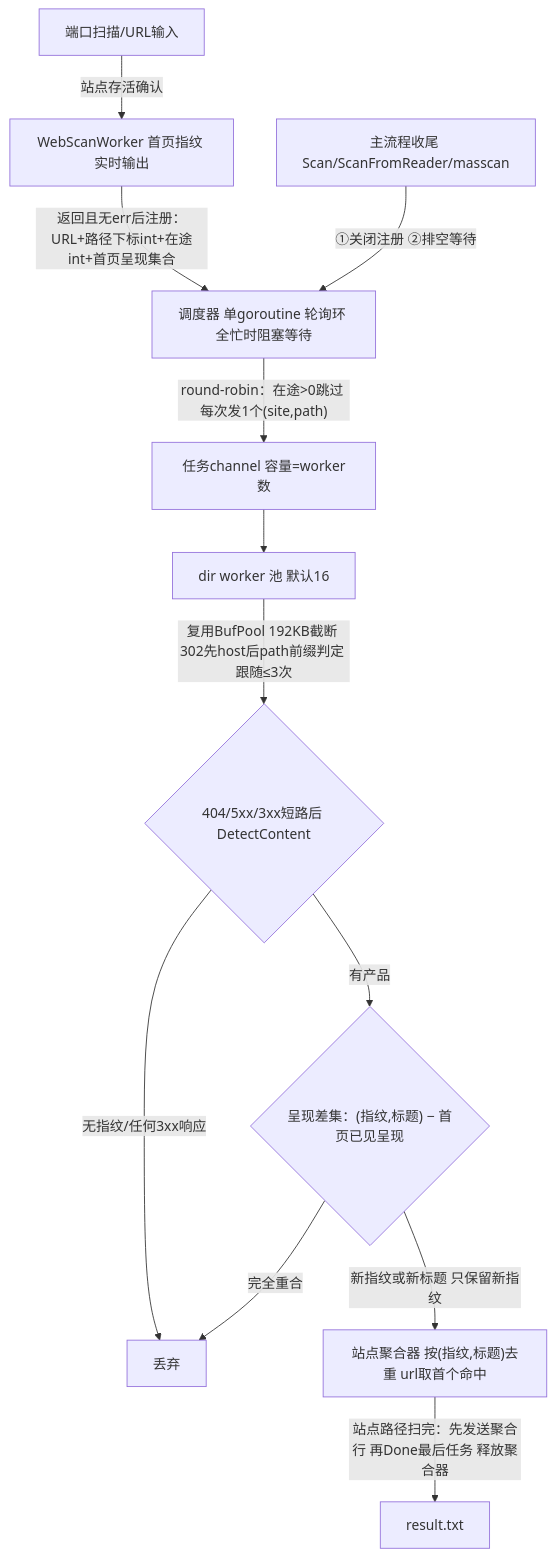
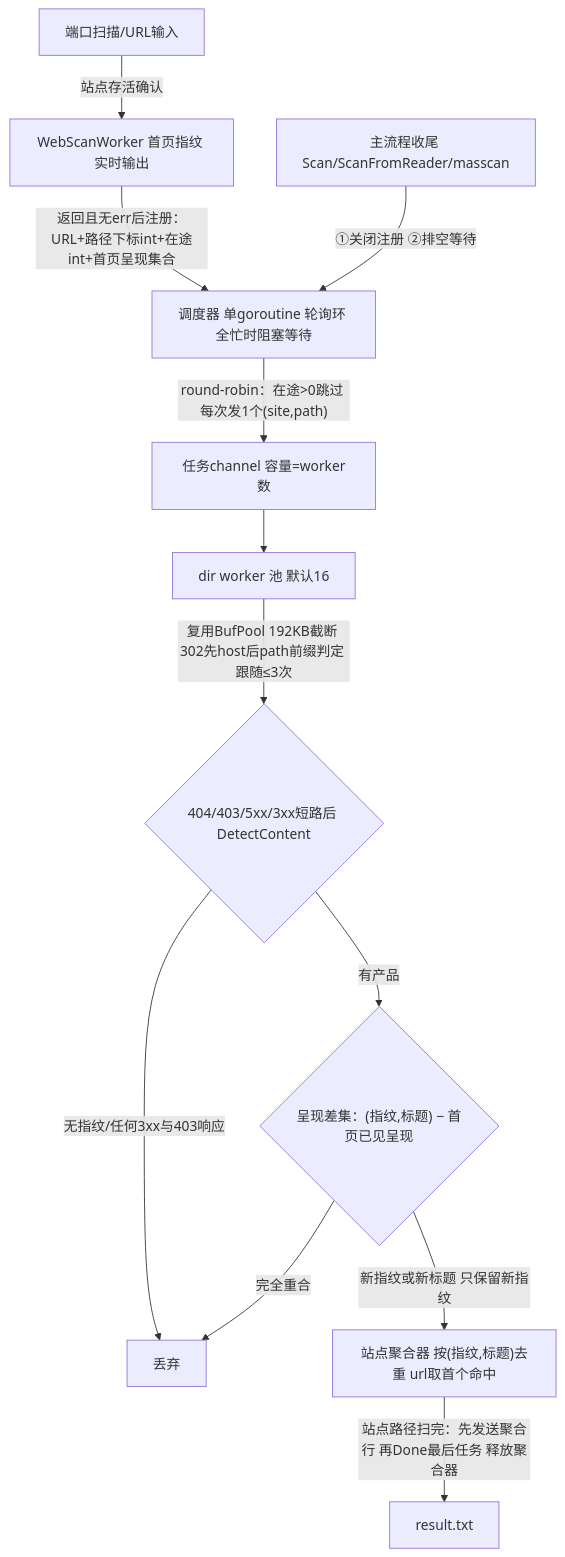
One commit to LHXHL/fscanx changed the diagram in docs/modules/04-目录扫描模块.md. Above: the diagram before and after it, drawn with Mermaid. The commit also changed other lines of this file and 4 other files, not shown here.

````diff
--- a/docs/modules/04-目录扫描模块.md
+++ b/docs/modules/04-目录扫描模块.md
@@ -19,14 +19,14 @@
 ```mermaid
 flowchart TB
     A["端口扫描/URL输入"] -->|"站点存活确认"| B["WebScanWorker 首页指纹 实时输出"]
     B -->|"返回且无err后注册：URL+路径下标int+在途int+首页呈现集合"| S["调度器 单goroutine 轮询环 全忙时阻塞等待"]
     S -->|"round-robin：在途>0跳过 每次发1个(site,path)"| Q["任务channel 容量=worker数"]
     Q --> W["dir worker 池 默认16"]
-    W -->|"复用BufPool 192KB截断 302先host后path前缀判定 跟随≤3次"| F{"404/5xx/3xx短路后 DetectContent"}
-    F -->|"无指纹/任何3xx响应"| X["丢弃"]
+    W -->|"复用BufPool 192KB截断 302先host后path前缀判定 跟随≤3次"| F{"404/403/5xx/3xx短路后 DetectContent"}
+    F -->|"无指纹/任何3xx与403响应"| X["丢弃"]
     F -->|"有产品"| D{"呈现差集：(指纹,标题) − 首页已见呈现"}
     D -->|"完全重合"| X
     D -->|"新指纹或新标题 只保留新指纹"| AG["站点聚合器 按(指纹,标题)去重 url取首个命中"]
     AG -->|"站点路径扫完：先发送聚合行 再Done最后任务 释放聚合器"| R["result.txt"]
     M["主流程收尾 Scan/ScanFromReader/masscan"] -->|"①关闭注册 ②排空等待"| S
 ```
````
